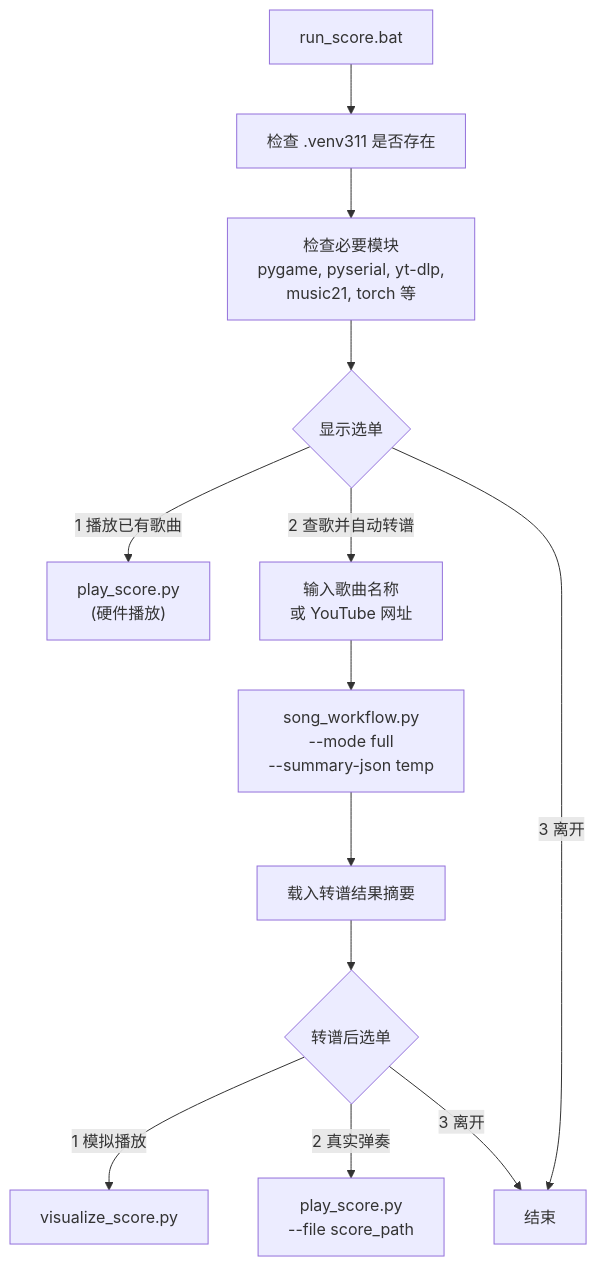
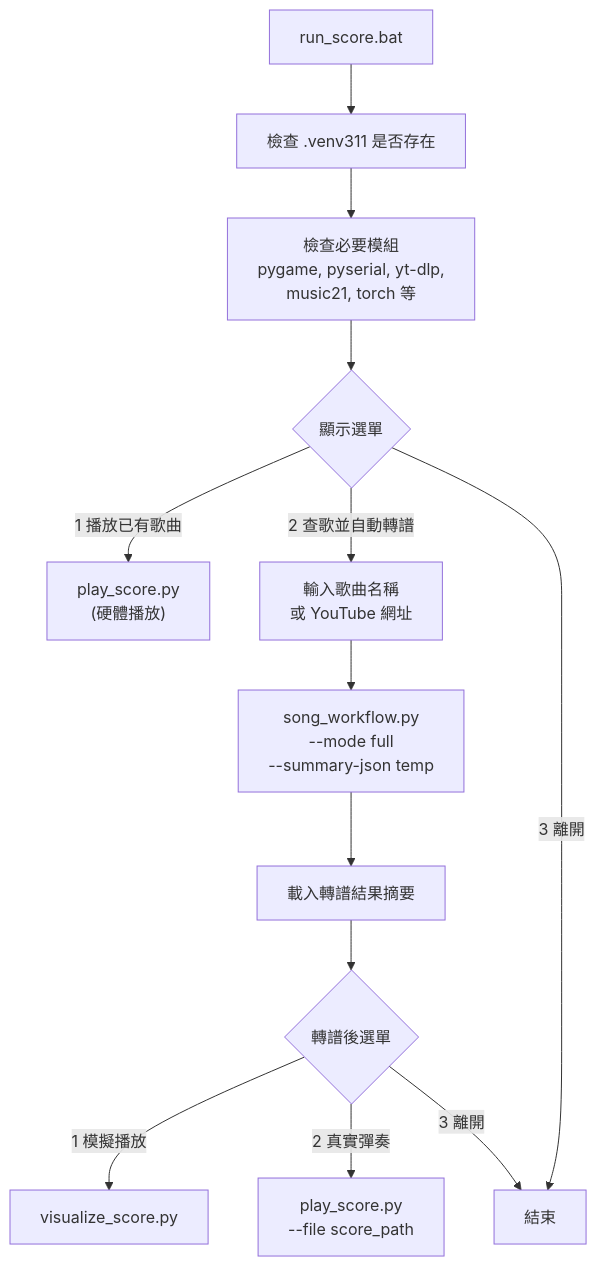
The fourth of 14 diagrams in README.md (wjmmmwjj/auto_piano), drawn with Mermaid before and after one commit. The commit also changed other lines of this file, not shown here.

Commit message:
README: 改為繁體中文版本，含安裝教學與完整流程圖

````diff
--- a/README.md
+++ b/README.md
@@ -371,16 +371,16 @@
 ```mermaid
 flowchart TD
-    A["run_score.bat"] --> B["检查 .venv311 是否存在"]
-    B --> C["检查必要模块\npygame, pyserial, yt-dlp,\nmusic21, torch 等"]
-    C --> D{"显示选单"}
-    D -->|"1 播放已有歌曲"| E["play_score.py\n(硬件播放)"]
-    D -->|"2 查歌并自动转谱"| F["输入歌曲名称\n或 YouTube 网址"]
-    D -->|"3 离开"| G["结束"]
+    A["run_score.bat"] --> B["檢查 .venv311 是否存在"]
+    B --> C["檢查必要模組\npygame, pyserial, yt-dlp,\nmusic21, torch 等"]
+    C --> D{"顯示選單"}
+    D -->|"1 播放已有歌曲"| E["play_score.py\n(硬體播放)"]
+    D -->|"2 查歌並自動轉譜"| F["輸入歌曲名稱\n或 YouTube 網址"]
+    D -->|"3 離開"| G["結束"]
 
     F --> H["song_workflow.py\n--mode full\n--summary-json temp"]
-    H --> I["载入转谱结果摘要"]
-    I --> J{"转谱后选单"}
-    J -->|"1 模拟播放"| K["visualize_score.py"]
-    J -->|"2 真实弹奏"| L["play_score.py\n--file score_path"]
-    J -->|"3 离开"| G
+    H --> I["載入轉譜結果摘要"]
+    I --> J{"轉譜後選單"}
+    J -->|"1 模擬播放"| K["visualize_score.py"]
+    J -->|"2 真實彈奏"| L["play_score.py\n--file score_path"]
+    J -->|"3 離開"| G
 ```
````
